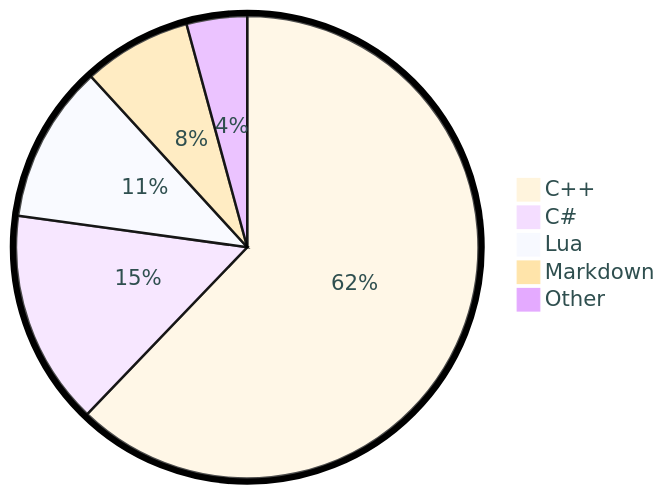
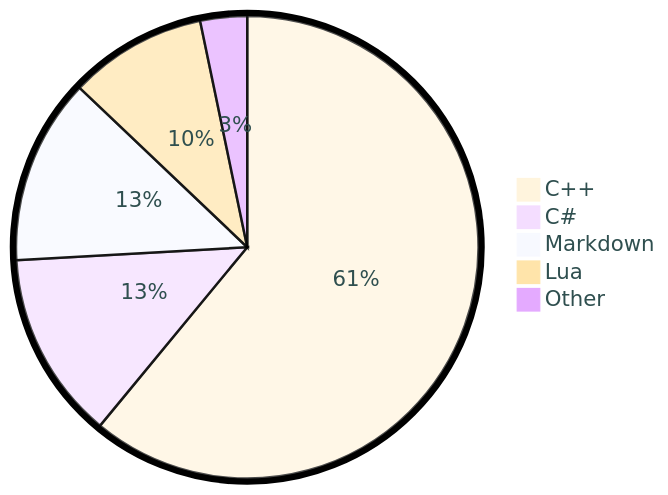
Before and after one commit to tot0p/tot0p: the diagram in README.md, drawn with Mermaid. The commit also changed other lines of this file, not shown here.

````diff
--- a/README.md
+++ b/README.md
@@ -72,9 +73,9 @@
 ```mermaid
 %%{init: {"pie": {"textPosition": 0.5}, "themeVariables": {"pieOuterStrokeWidth": "5px","primaryTextColor" : "#2F4F4F"},"theme":"base"} }%%
 pie
-	"C++": 62.17
-	"C#": 15.02
-	"Lua": 11.02
-	"Markdown": 7.57
-	"Other": 4.23
+	"C++": 60.98
+	"C#": 13.13
+	"Markdown": 12.99
+	"Lua": 9.63
+	"Other": 3.2699999999999996
 ```
````
